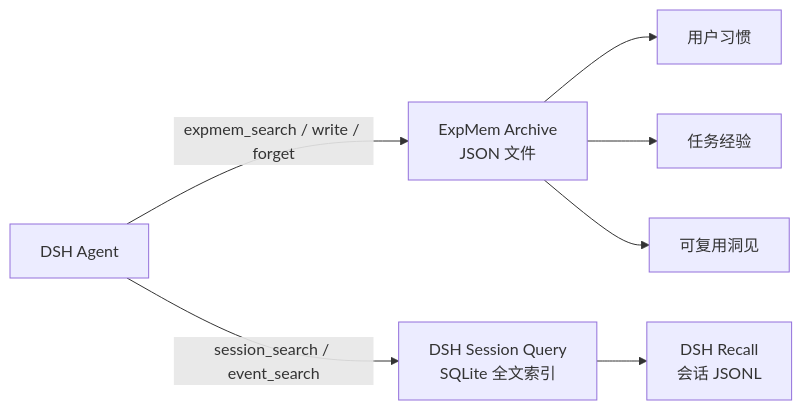
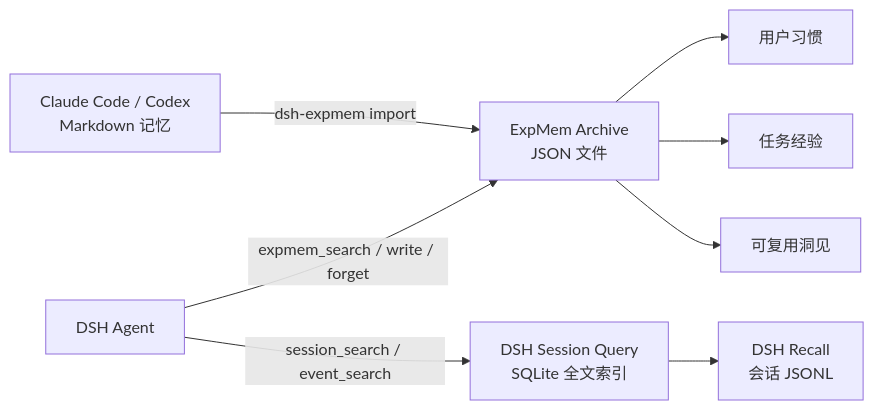
The diagram in README.zh-CN.md (creativedswork/dsh-expmem), drawn with Mermaid before and after one commit. The commit also changed other lines of this file and 8 other files, not shown here.

Commit message:
feat: import Claude Code and Codex memories

````diff
--- a/README.zh-CN.md
+++ b/README.zh-CN.md
@@ -11,12 +11,14 @@
 ```mermaid
 flowchart LR
   Agent["DSH Agent"]
+  Sources["Claude Code / Codex<br/>Markdown 记忆"]
 
   Agent -->|"expmem_search / write / forget"| Archive["ExpMem Archive<br/>JSON 文件"]
   Agent -->|"session_search / event_search"| Query["DSH Session Query<br/>SQLite 全文索引"]
   Query --> Recall["DSH Recall<br/>会话 JSONL"]
+  Sources -->|"dsh-expmem import"| Archive
 
   Archive --> Habits["用户习惯"]
   Archive --> Experience["任务经验"]
   Archive --> Insights["可复用洞见"]
 ```
````
